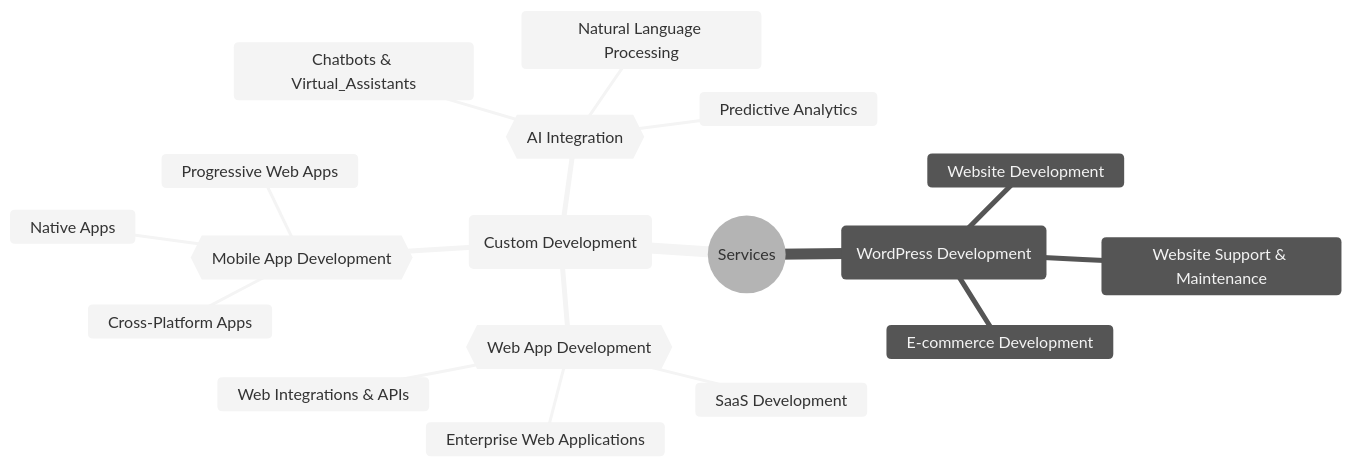
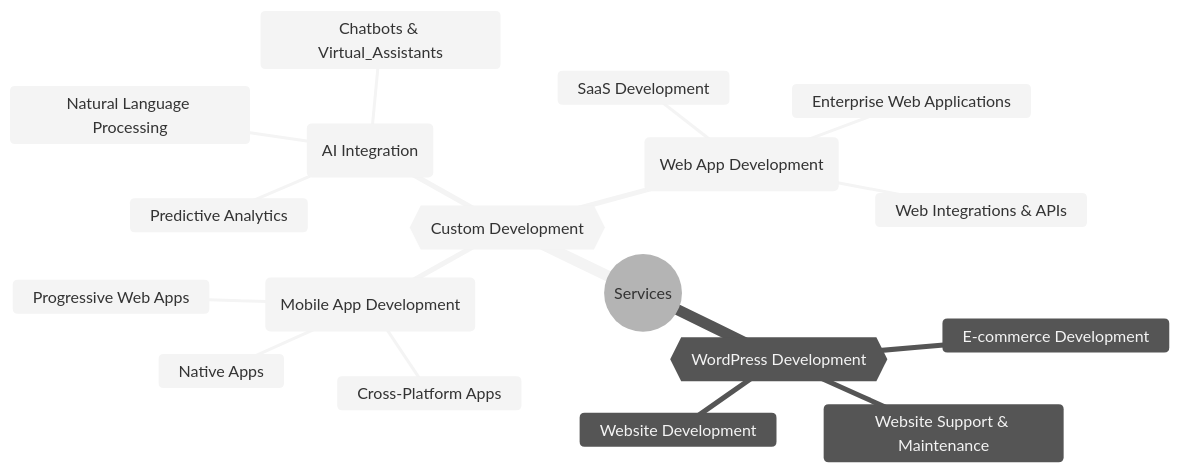
The diagram in profile/SERVICES.md (outsoarph/.github), drawn with Mermaid (neutral theme) before and after one commit.

Commit message:
Refactor SERVICES.md mindmap for improved structure and consistency in service categories

````diff
--- a/profile/SERVICES.md
+++ b/profile/SERVICES.md
@@ -3,21 +3,21 @@
 ```mermaid
 mindmap
   root((Services))
-    Custom_Development(Custom Development)
-      Web_App_Development{{Web App Development}}
+    Custom_Development{{Custom Development}}
+      Web_App_Development(Web App Development)
         SaaS Development
         Enterprise Web Applications
         Web Integrations & APIs
-      Mobile_App_Development{{Mobile App Development}}
+      Mobile_App_Development(Mobile App Development)
         Cross-Platform Apps
         Native Apps
         Progressive Web Apps
-      AI_Integration{{AI Integration}}
+      AI_Integration(AI Integration)
         Chatbots & Virtual_Assistants
         Predictive Analytics
         Natural Language Processing
-    WordPress_Development(WordPress Development)
+    WordPress_Development{{WordPress Development}}
       Website Development
       E-commerce Development
       Website Support & Maintenance
 ```
````
